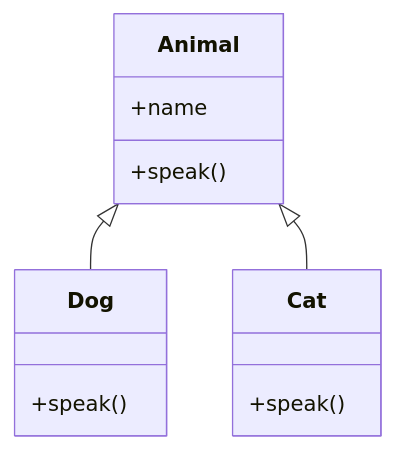
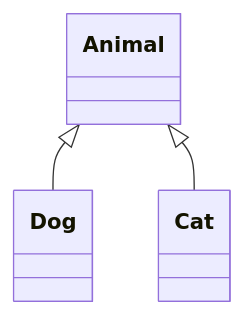
Before and after one commit to Topurrra/themissingmanual: the diagram in guides/python-from-zero/06-objects-and-classes.md, drawn with Mermaid. The commit also changed 15 other files, not shown here.

Commit message:
fixed mermaid diagrams

````diff
--- a/guides/python-from-zero/06-objects-and-classes.md
+++ b/guides/python-from-zero/06-objects-and-classes.md
@@ -141,15 +141,5 @@
 ```mermaid
 classDiagram
-  class Animal {
-    +name
-    +speak()
-  }
-  class Dog {
-    +speak()
-  }
-  class Cat {
-    +speak()
-  }
   Animal <|-- Dog
   Animal <|-- Cat
 ```
````
